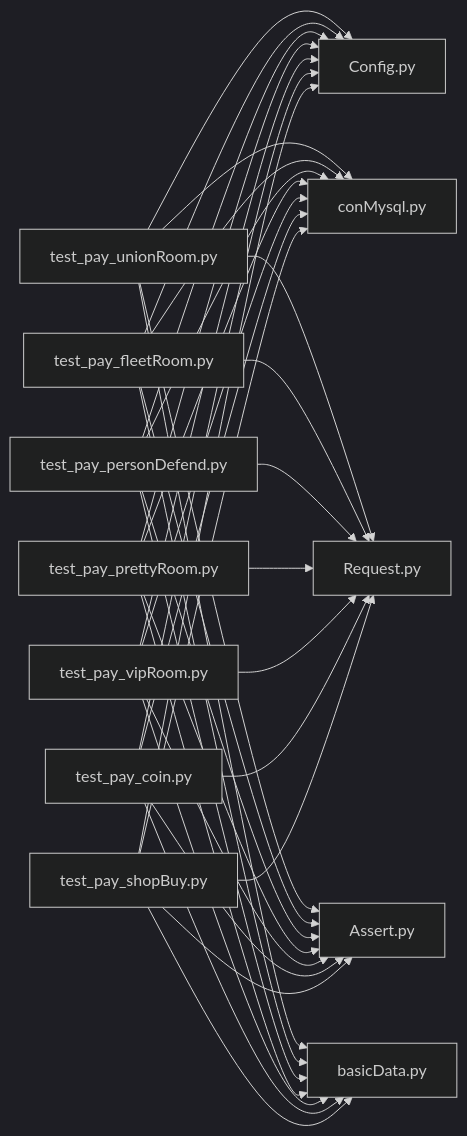
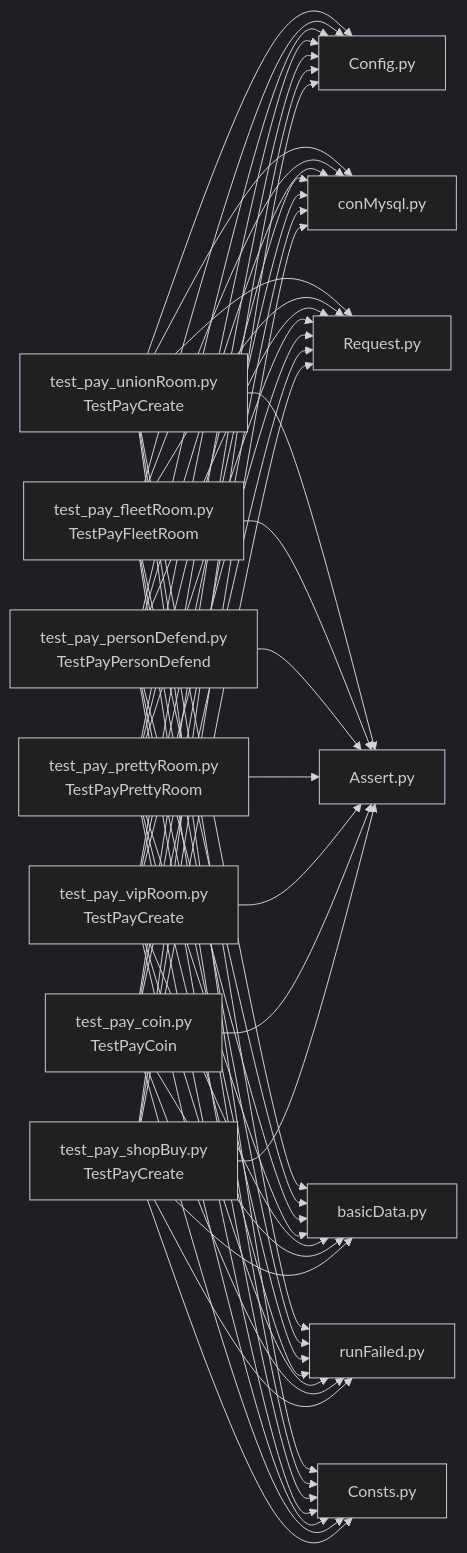
One commit to liximing1-ola/qa-payTest changed the eighth of 8 diagrams in .qoder/repowiki/zh/content/支付测试用例/房间支付测试/房间支付测试.md. Above: the diagram before and after it, drawn with Mermaid (dark theme). The commit also changed other lines of this file and 103 other files, not shown here.

````diff
--- a/.qoder/repowiki/zh/content/支付测试用例/房间支付测试/房间支付测试.md
+++ b/.qoder/repowiki/zh/content/支付测试用例/房间支付测试/房间支付测试.md
@@ -454,38 +484,52 @@
 ```mermaid
 graph LR
-U["test_pay_unionRoom.py"] --> CFG["Config.py"]
+U["test_pay_unionRoom.py<br/>TestPayCreate"] --> CFG["Config.py"]
 U --> DB["conMysql.py"]
 U --> REQ["Request.py"]
 U --> ASS["Assert.py"]
 U --> BASIC["basicData.py"]
-F["test_pay_fleetRoom.py"] --> CFG
+U --> RUN["runFailed.py"]
+U --> CONST["Consts.py"]
+F["test_pay_fleetRoom.py<br/>TestPayFleetRoom"] --> CFG
 F --> DB
 F --> REQ
 F --> ASS
 F --> BASIC
-D["test_pay_personDefend.py"] --> CFG
+F --> RUN
+F --> CONST
+D["test_pay_personDefend.py<br/>TestPayPersonDefend"] --> CFG
 D --> DB
 D --> REQ
 D --> ASS
 D --> BASIC
-P["test_pay_prettyRoom.py"] --> CFG
+D --> RUN
+D --> CONST
+P["test_pay_prettyRoom.py<br/>TestPayPrettyRoom"] --> CFG
 P --> DB
 P --> REQ
 P --> ASS
 P --> BASIC
-V["test_pay_vipRoom.py"] --> CFG
+P --> RUN
+P --> CONST
+V["test_pay_vipRoom.py<br/>TestPayCreate"] --> CFG
 V --> DB
 V --> REQ
 V --> ASS
 V --> BASIC
-C["test_pay_coin.py"] --> CFG
+V --> RUN
+V --> CONST
+C["test_pay_coin.py<br/>TestPayCoin"] --> CFG
 C --> DB
 C --> REQ
 C --> ASS
 C --> BASIC
-S["test_pay_shopBuy.py"] --> CFG
+C --> RUN
+C --> CONST
+S["test_pay_shopBuy.py<br/>TestPayCreate"] --> CFG
 S --> DB
 S --> REQ
 S --> ASS
 S --> BASIC
+S --> RUN
+S --> CONST
 ```
````
